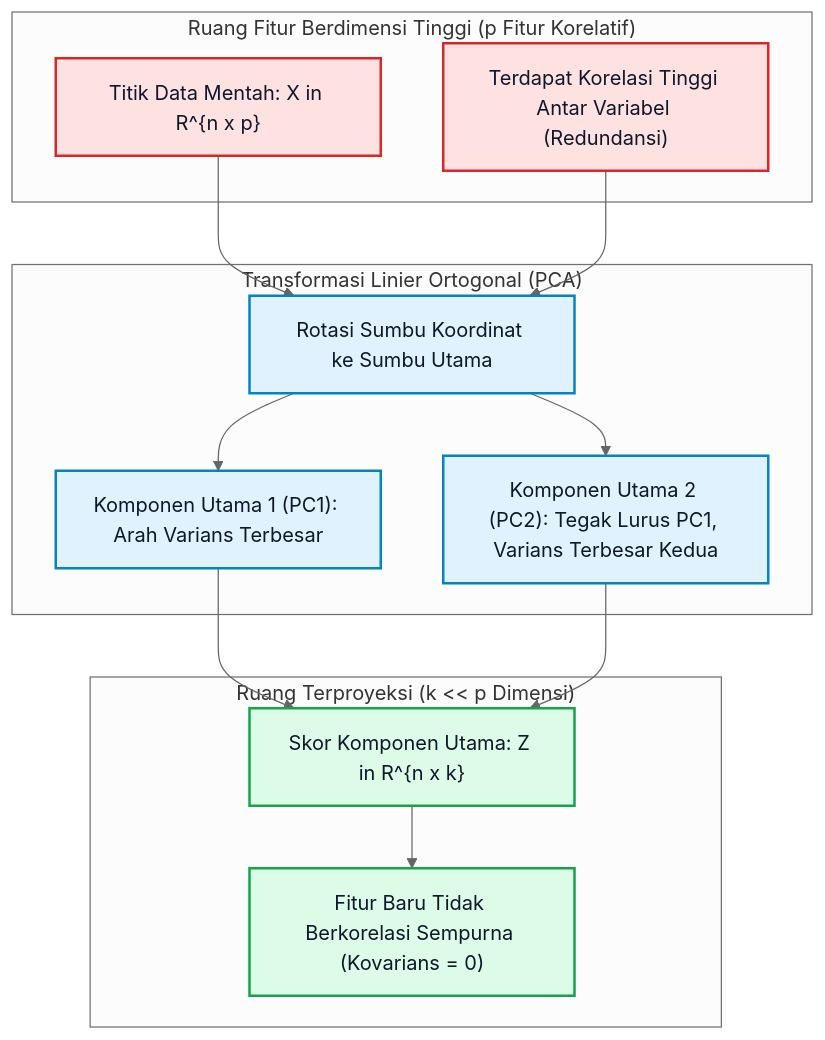
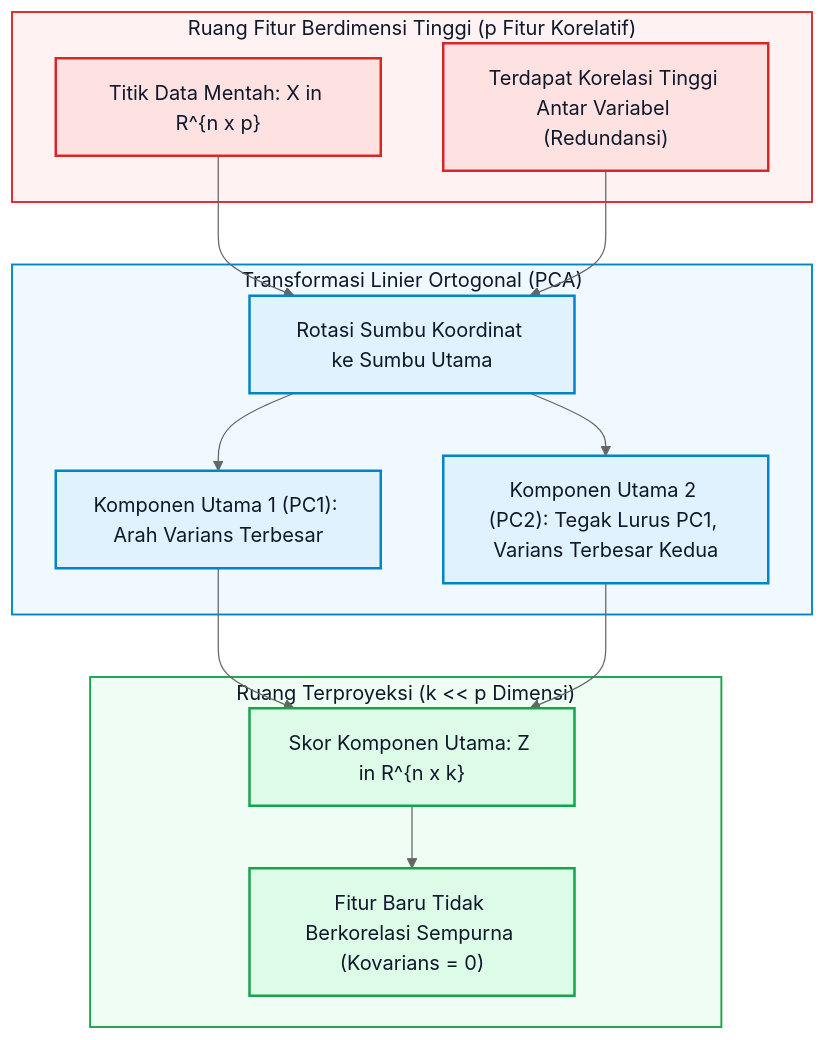
Before and after one commit to Rizki2204/ultimate-learning-paths: the first of 2 diagrams in curriculum/01-fondasi-matematika/011-aljabar-linier-teori-matriks/08-pca-analisis-komponen-utama.md, drawn with Mermaid (neutral theme). The commit also changed other lines of this file and 11 other files, not shown here.

Commit message:
fix(pilot-011): eliminate control characters, consolidate math derivations, and enforce mermaid dark mode contrast

````diff
--- a/curriculum/01-fondasi-matematika/011-aljabar-linier-teori-matriks/08-pca-analisis-komponen-utama.md
+++ b/curriculum/01-fondasi-matematika/011-aljabar-linier-teori-matriks/08-pca-analisis-komponen-utama.md
@@ -36,34 +36,38 @@
 ```mermaid
 flowchart TD
     subgraph RuangAsli ["Ruang Fitur Berdimensi Tinggi (p Fitur Korelatif)"]
         X["Titik Data Mentah: X in R^{n x p}"]
         Correl["Terdapat Korelasi Tinggi Antar Variabel (Redundansi)"]
     end
 
     subgraph TransformasiPCA ["Transformasi Linier Ortogonal (PCA)"]
         Rotasi["Rotasi Sumbu Koordinat ke Sumbu Utama"]
         PC1["Komponen Utama 1 (PC1): Arah Varians Terbesar"]
         PC2["Komponen Utama 2 (PC2): Tegak Lurus PC1, Varians Terbesar Kedua"]
     end
 
     subgraph RuangLaten ["Ruang Terproyeksi (k << p Dimensi)"]
         Z["Skor Komponen Utama: Z in R^{n x k}"]
         Decoupled["Fitur Baru Tidak Berkorelasi Sempurna (Kovarians = 0)"]
     end
 
     X --> Rotasi
     Correl --> Rotasi
     Rotasi --> PC1
     Rotasi --> PC2
     PC1 --> Z
     PC2 --> Z
     Z --> Decoupled
 
     classDef orig fill:#fee2e2,stroke:#dc2626,stroke-width:2px,color:#0f172a;
     classDef trans fill:#e0f2fe,stroke:#0284c7,stroke-width:2px,color:#0f172a;
     classDef latent fill:#dcfce7,stroke:#16a34a,stroke-width:2px,color:#0f172a;
 
     class X,Correl orig;
     class Rotasi,PC1,PC2 trans;
     class Z,Decoupled latent;
+
+    style RuangAsli fill:#fef2f2,stroke:#dc2626,stroke-width:1.5px,color:#0f172a;
+    style TransformasiPCA fill:#f0f9ff,stroke:#0284c7,stroke-width:1.5px,color:#0f172a;
+    style RuangLaten fill:#f0fdf4,stroke:#16a34a,stroke-width:1.5px,color:#0f172a;
 ```
````
